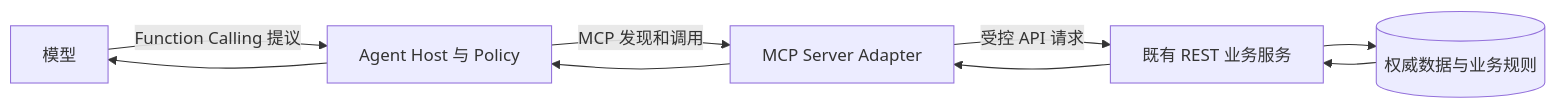
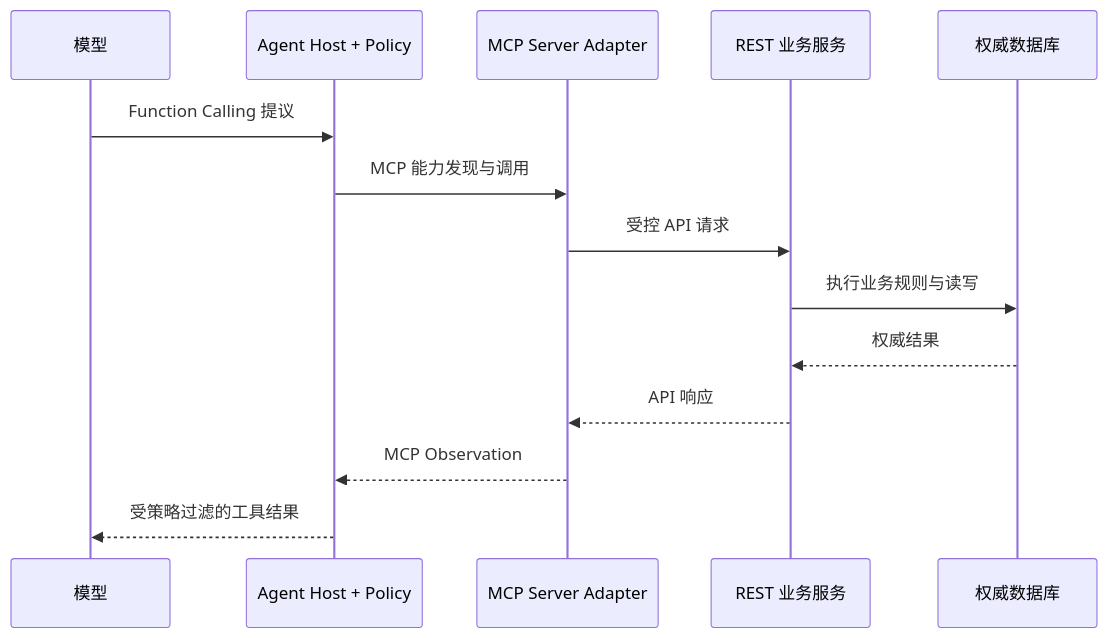
Before and after one commit to wujinjun/ai-agent-book: the fifth of 7 diagrams in docs/part-03-rag-and-memory/ch11-mcp.md, drawn with Mermaid. The commit also changed other lines of this file and 536 other files, not shown here.

````diff
--- a/docs/part-03-rag-and-memory/ch11-mcp.md
+++ b/docs/part-03-rag-and-memory/ch11-mcp.md
@@ -123,11 +129,19 @@
 ```mermaid
 %% id: mcp-rest-function-calling-relationship
 %% title: MCP、REST 与 Function Calling 的分工
 %% alt: 模型通过 Function Calling 提出动作，Host 使用 MCP 发现调用能力，MCP Adapter 复用 REST 业务服务
-flowchart LR
-    Model[模型] -->|Function Calling 提议| Host[Agent Host 与 Policy]
-    Host -->|MCP 发现和调用| Adapter[MCP Server Adapter]
-    Adapter -->|受控 API 请求| REST[既有 REST 业务服务]
-    REST --> DB[(权威数据与业务规则)]
-    DB --> REST --> Adapter --> Host --> Model
+sequenceDiagram
+    participant M as 模型
+    participant H as Agent Host + Policy
+    participant A as MCP Server Adapter
+    participant R as REST 业务服务
+    participant D as 权威数据库
+    M->>H: Function Calling 提议
+    H->>A: MCP 能力发现与调用
+    A->>R: 受控 API 请求
+    R->>D: 执行业务规则与读写
+    D-->>R: 权威结果
+    R-->>A: API 响应
+    A-->>H: MCP Observation
+    H-->>M: 受策略过滤的工具结果
 ```
````
